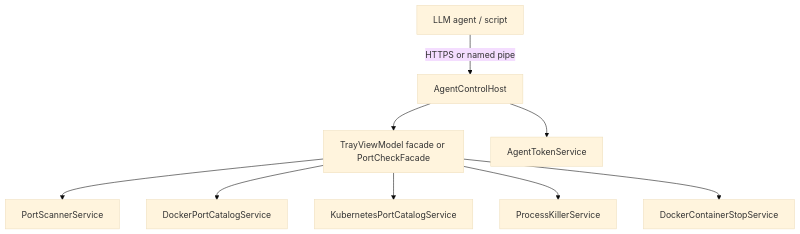
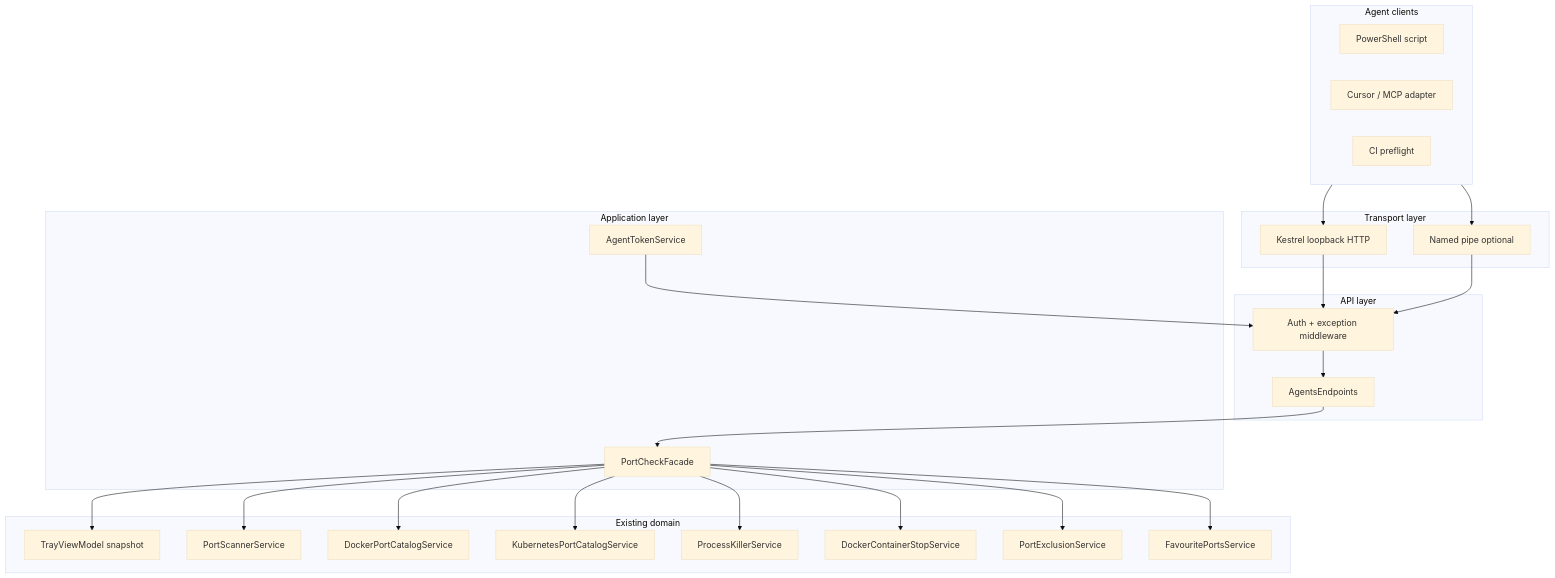
One commit to c47-dev/port changed the first of 3 diagrams in docs/implementation-records/260601_phase3-agent-control-plane.md. Above: the diagram before and after it, drawn with Mermaid (base theme). The commit also changed other lines of this file and 3 other files, not shown here.

````diff
--- a/docs/implementation-records/260601_phase3-agent-control-plane.md
+++ b/docs/implementation-records/260601_phase3-agent-control-plane.md
@@ -56,11 +120,43 @@
 ```mermaid
 flowchart TB
-  Agent[LLM agent / script] -->|HTTPS or named pipe| Host[AgentControlHost]
-  Host --> VM[TrayViewModel facade or PortCheckFacade]
-  VM --> Scan[PortScannerService]
-  VM --> Docker[DockerPortCatalogService]
-  VM --> K8s[KubernetesPortCatalogService]
-  VM --> KillL[ProcessKillerService]
-  VM --> KillD[DockerContainerStopService]
-  Host --> Auth[AgentTokenService]
+  subgraph clients [Agent clients]
+    PS[PowerShell script]
+    CUR[Cursor / MCP adapter]
+    CI[CI preflight]
+  end
+  subgraph transport [Transport layer]
+    HTTP[Kestrel loopback HTTP]
+    PIPE[Named pipe optional]
+  end
+  subgraph api [API layer]
+    MW[Auth + exception middleware]
+    H[AgentsEndpoints]
+  end
+  subgraph app [Application layer]
+    F[PortCheckFacade]
+    T[AgentTokenService]
+  end
+  subgraph domain [Existing domain]
+    VM[TrayViewModel snapshot]
+    PSvc[PortScannerService]
+    DSvc[DockerPortCatalogService]
+    KSvc[KubernetesPortCatalogService]
+    PK[ProcessKillerService]
+    DK[DockerContainerStopService]
+    EX[PortExclusionService]
+    FAV[FavouritePortsService]
+  end
+  clients --> HTTP
+  clients --> PIPE
+  HTTP --> MW --> H --> F
+  PIPE --> MW
+  F --> VM
+  F --> PSvc
+  F --> DSvc
+  F --> KSvc
+  F --> PK
+  F --> DK
+  F --> EX
+  F --> FAV
+  T --> MW
 ```
````
